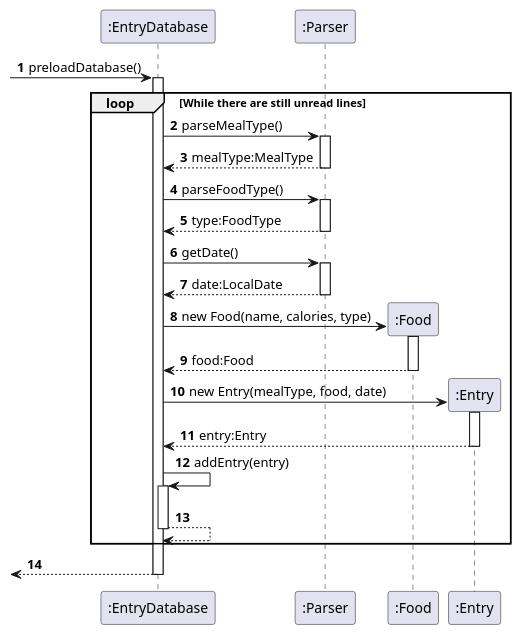
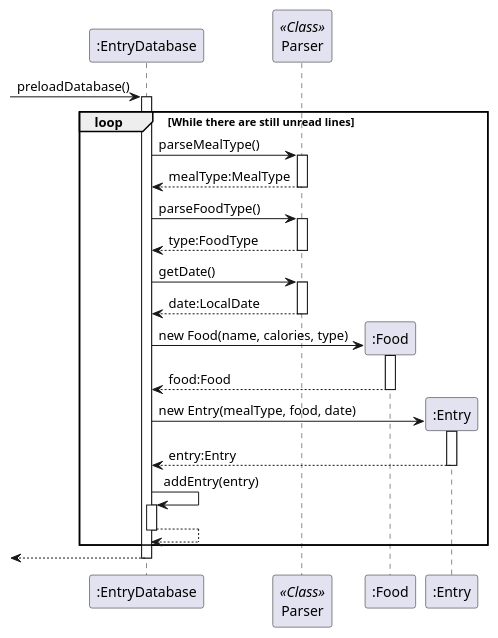
The diagram in docs/diagrams-DG/EntryDatabase_preLoadDatabase_Seq.puml (praj-bellakka/tp), drawn with PlantUML before and after one commit. The commit also changed 12 other files, not shown here.

Commit message:
Update all puml diagrams to follow UML Diagram standards

```diff
--- a/docs/diagrams-DG/EntryDatabase_preLoadDatabase_Seq.puml
+++ b/docs/diagrams-DG/EntryDatabase_preLoadDatabase_Seq.puml
@@ -1,40 +1,38 @@
 @startuml
 'https://plantuml.com/sequence-diagram
 
-autonumber
-
 -> ":EntryDatabase": preloadDatabase()
 activate ":EntryDatabase"
-
+participant Parser << Class >>
 loop While there are still unread lines
 
-    ":EntryDatabase" -> ":Parser": parseMealType()
-    activate ":Parser"
+    ":EntryDatabase" -> Parser: parseMealType()
+    activate Parser
     return mealType:MealType
 
-    ":EntryDatabase" -> ":Parser": parseFoodType()
-    activate ":Parser"
+    ":EntryDatabase" -> Parser: parseFoodType()
+    activate Parser
     return type:FoodType
 
-    ":EntryDatabase" -> ":Parser": getDate()
-    activate ":Parser"
+    ":EntryDatabase" -> Parser: getDate()
+    activate Parser
     return date:LocalDate
 
     create ":Food"
     ":EntryDatabase" -> ":Food": new Food(name, calories, type)
     activate ":Food"
     return food:Food
 
     create ":Entry"
     ":EntryDatabase" -> ":Entry": new Entry(mealType, food, date)
     activate ":Entry"
     return entry:Entry
 
     ":EntryDatabase" -> ":EntryDatabase": addEntry(entry)
     activate ":EntryDatabase"
     return
 
 end
 
 return
 @enduml
```
